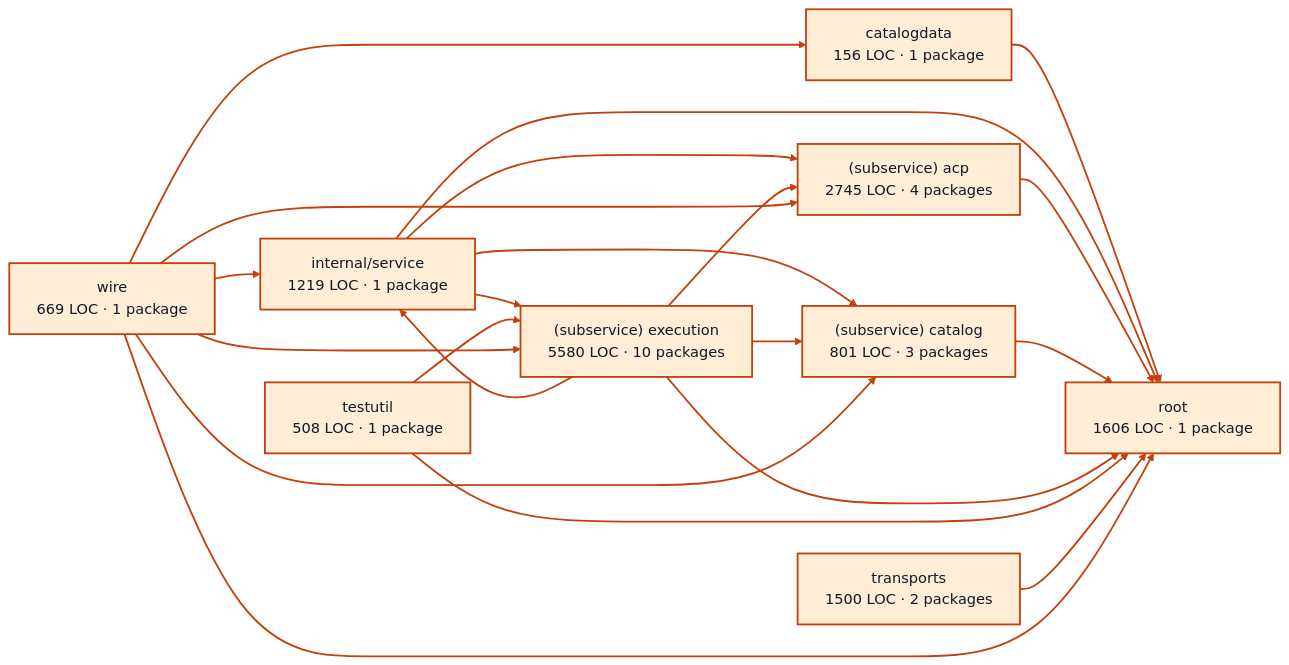
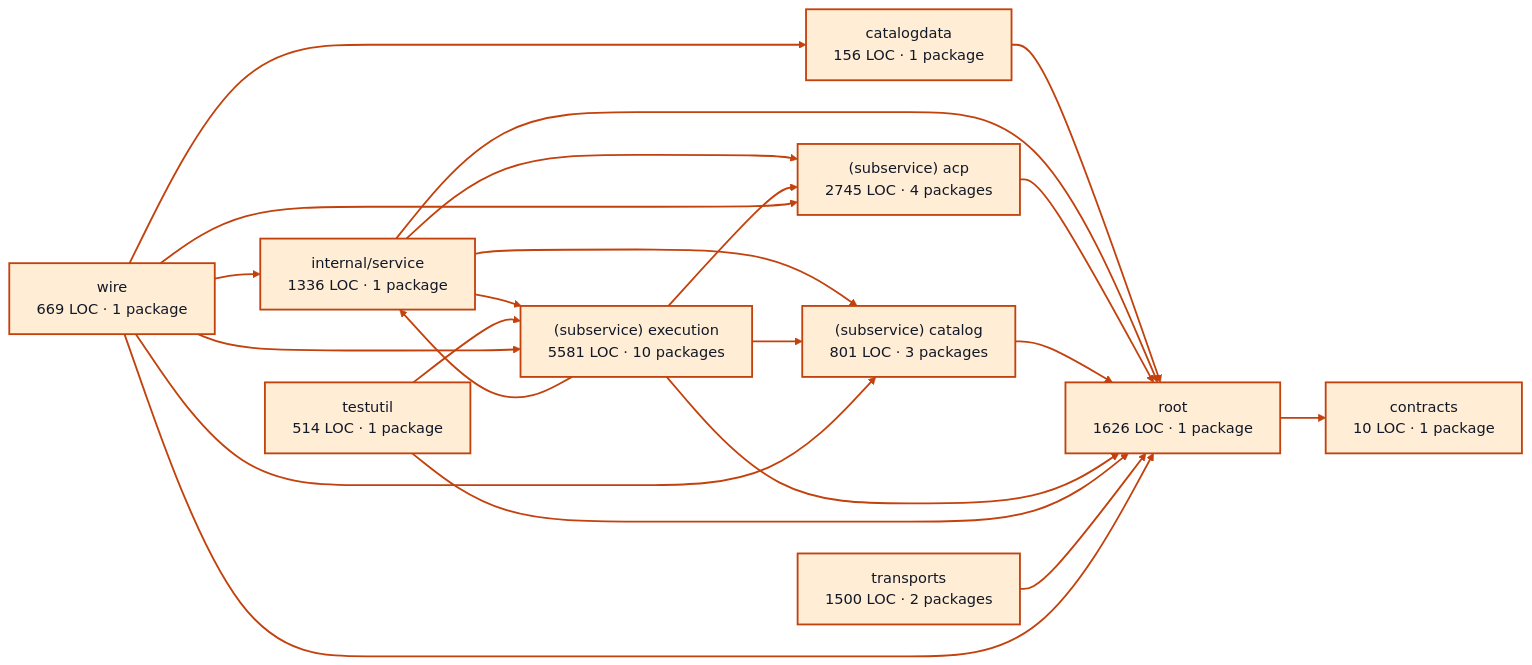
The diagram in docs/architecture/visualizations/services/providers.md (portpowered/you-agent-factory), drawn with Mermaid (neutral theme) before and after one commit. The commit also changed other lines of this file and 20 other files, not shown here.

Commit message:
docs: refresh backend architecture visualizations

````diff
--- a/docs/architecture/visualizations/services/providers.md
+++ b/docs/architecture/visualizations/services/providers.md
@@ -11,42 +11,45 @@
 ```mermaid
 flowchart LR
   p0["catalogdata<br/>156 LOC · 1 package"]
-  p1["internal/service<br/>1219 LOC · 1 package"]
-  p2["(subservice) acp<br/>2745 LOC · 4 packages"]
-  p3["(subservice) catalog<br/>801 LOC · 3 packages"]
-  p4["(subservice) execution<br/>5580 LOC · 10 packages"]
-  p5["testutil<br/>508 LOC · 1 package"]
-  p6["root<br/>1606 LOC · 1 package"]
-  p7["transports<br/>1500 LOC · 2 packages"]
-  p8["wire<br/>669 LOC · 1 package"]
-  p0 --> p6
-  p1 --> p2
-  p1 --> p3
-  p1 --> p4
-  p1 --> p6
-  p2 --> p6
-  p3 --> p6
-  p4 --> p1
-  p4 --> p2
-  p4 --> p3
-  p4 --> p6
+  p1["contracts<br/>10 LOC · 1 package"]
+  p2["internal/service<br/>1336 LOC · 1 package"]
+  p3["(subservice) acp<br/>2745 LOC · 4 packages"]
+  p4["(subservice) catalog<br/>801 LOC · 3 packages"]
+  p5["(subservice) execution<br/>5581 LOC · 10 packages"]
+  p6["testutil<br/>514 LOC · 1 package"]
+  p7["root<br/>1626 LOC · 1 package"]
+  p8["transports<br/>1500 LOC · 2 packages"]
+  p9["wire<br/>669 LOC · 1 package"]
+  p0 --> p7
+  p2 --> p3
+  p2 --> p4
+  p2 --> p5
+  p2 --> p7
+  p3 --> p7
+  p4 --> p7
+  p5 --> p2
+  p5 --> p3
   p5 --> p4
-  p5 --> p6
-  p7 --> p6
-  p8 --> p0
-  p8 --> p1
-  p8 --> p2
-  p8 --> p3
-  p8 --> p4
-  p8 --> p6
+  p5 --> p7
+  p6 --> p5
+  p6 --> p7
+  p7 --> p1
+  p8 --> p7
+  p9 --> p0
+  p9 --> p2
+  p9 --> p3
+  p9 --> p4
+  p9 --> p5
+  p9 --> p7
   style p0 fill:#ffedd5,stroke:#c2410c,stroke-width:2px,color:#111827
   style p1 fill:#ffedd5,stroke:#c2410c,stroke-width:2px,color:#111827
   style p2 fill:#ffedd5,stroke:#c2410c,stroke-width:2px,color:#111827
   style p3 fill:#ffedd5,stroke:#c2410c,stroke-width:2px,color:#111827
   style p4 fill:#ffedd5,stroke:#c2410c,stroke-width:2px,color:#111827
   style p5 fill:#ffedd5,stroke:#c2410c,stroke-width:2px,color:#111827
   style p6 fill:#ffedd5,stroke:#c2410c,stroke-width:2px,color:#111827
   style p7 fill:#ffedd5,stroke:#c2410c,stroke-width:2px,color:#111827
   style p8 fill:#ffedd5,stroke:#c2410c,stroke-width:2px,color:#111827
+  style p9 fill:#ffedd5,stroke:#c2410c,stroke-width:2px,color:#111827
   linkStyle default stroke:#c2410c,stroke-width:2px
 ```
````
